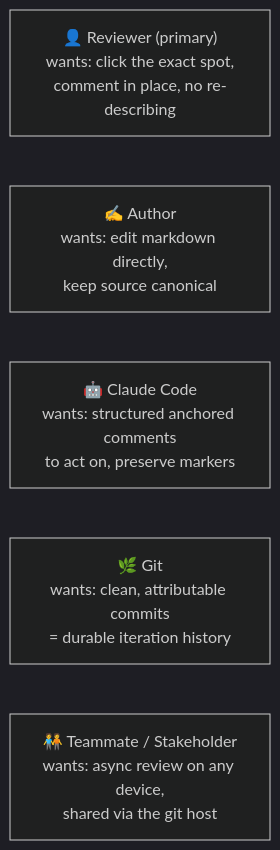
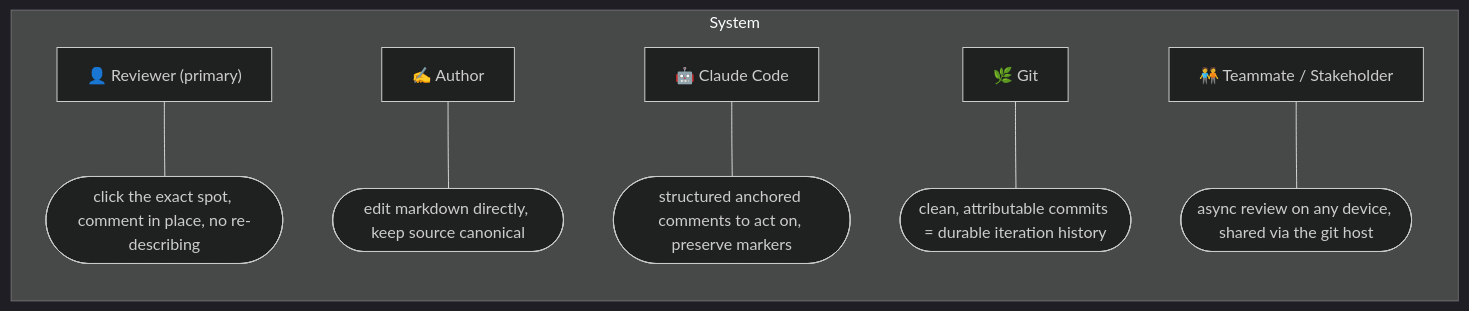
One commit to omars-lab/omars-lab.github.io changed the second of 15 diagrams in bytesofpurpose-blog/designs/2026-06-22-markdown-review-studio.mdx. Above: the diagram before and after it, drawn with Mermaid (dark theme). The commit also changed other lines of this file and 7 other files, not shown here.

First line of the commit message:
feat(designs): importer classifies diagrams + restructures use-case diagrams

````diff
--- a/bytesofpurpose-blog/designs/2026-06-22-markdown-review-studio.mdx
+++ b/bytesofpurpose-blog/designs/2026-06-22-markdown-review-studio.mdx
@@ -123,9 +169,20 @@
 ```mermaid
 graph LR
-    REV["👤 Reviewer (primary)<br/>wants: click the exact spot,<br/>comment in place, no re-describing"]
-    AUTH["✍️ Author<br/>wants: edit markdown directly,<br/>keep source canonical"]
-    CC["🤖 Claude Code<br/>wants: structured anchored comments<br/>to act on, preserve markers"]
-    GIT["🌿 Git<br/>wants: clean, attributable commits<br/>= durable iteration history"]
-    TEAM["🧑‍🤝‍🧑 Teammate / Stakeholder<br/>wants: async review on any device,<br/>shared via the git host"]
-
+  subgraph system[System]
+    REV["👤 Reviewer (primary)"]
+    REVuc(["click the exact spot, comment in place, no re-describing"])
+    AUTH["✍️ Author"]
+    AUTHuc(["edit markdown directly, keep source canonical"])
+    CC["🤖 Claude Code"]
+    CCuc(["structured anchored comments to act on, preserve markers"])
+    GIT["🌿 Git"]
+    GITuc(["clean, attributable commits = durable iteration history"])
+    TEAM["🧑‍🤝‍🧑 Teammate / Stakeholder"]
+    TEAMuc(["async review on any device, shared via the git host"])
+  end
+  REV --- REVuc
+  AUTH --- AUTHuc
+  CC --- CCuc
+  GIT --- GITuc
+  TEAM --- TEAMuc
 ```
````
